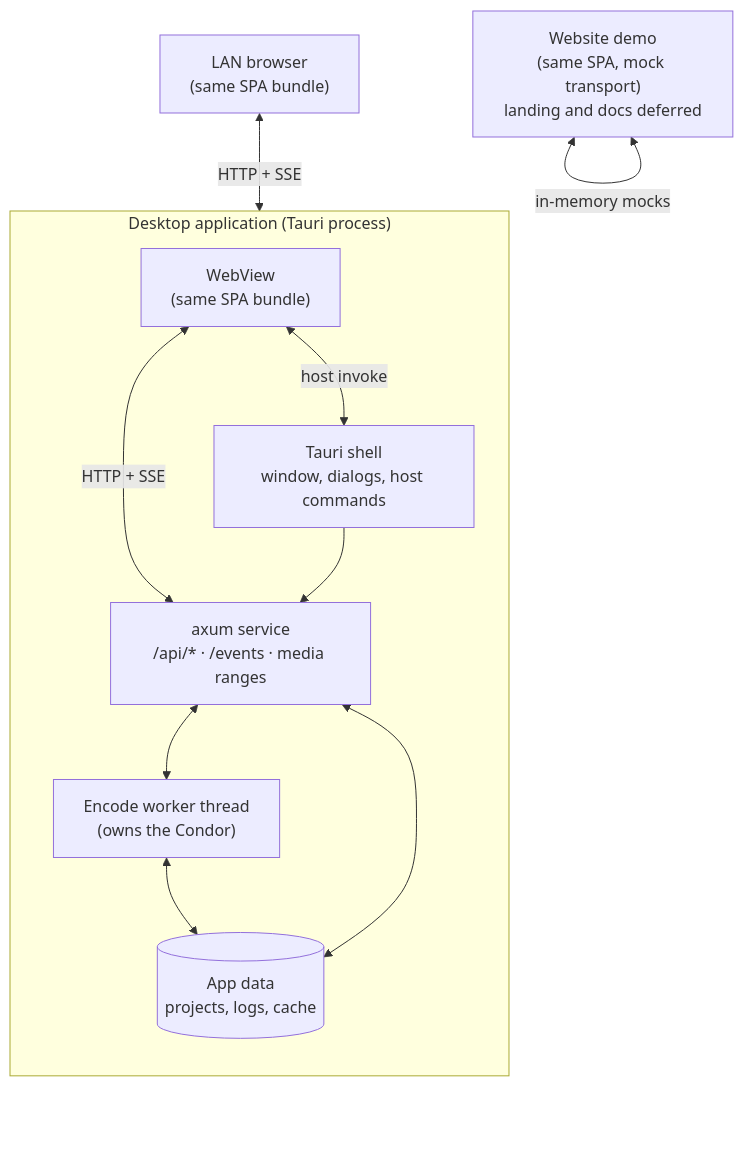
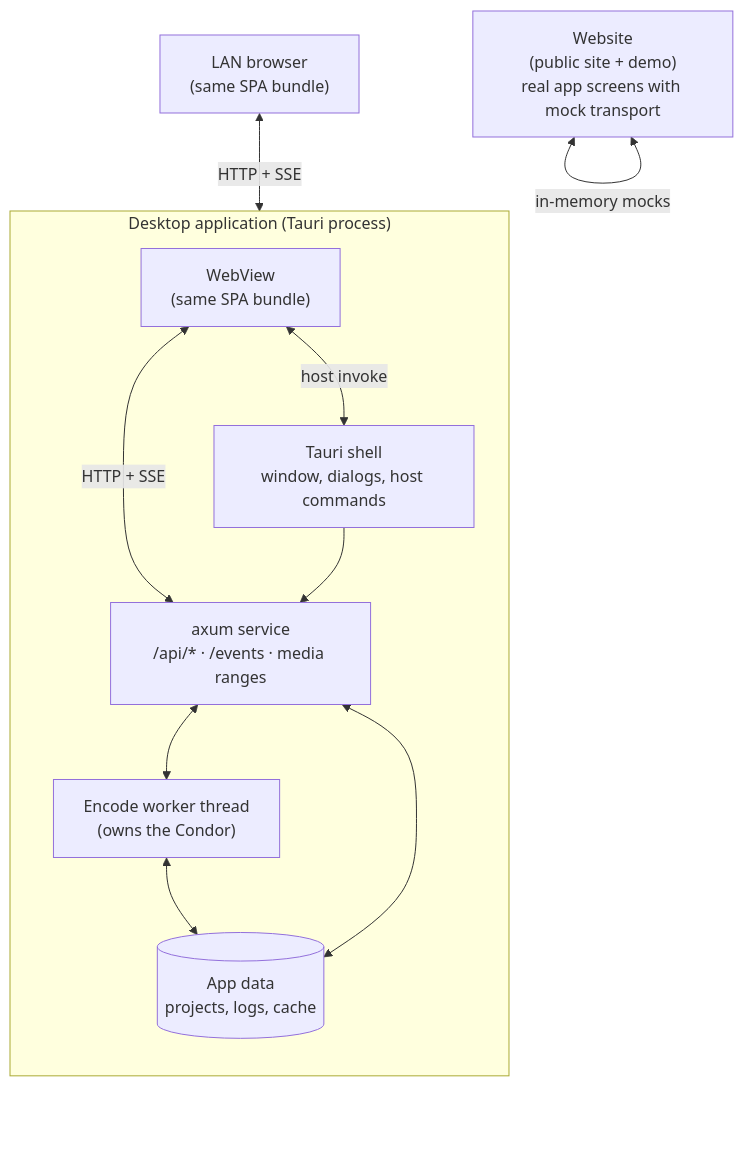
The first of 8 diagrams in docs/architecture.md (Av1ation-Association/Av1ation-Station), drawn with Mermaid before and after one commit. The commit also changed other lines of this file and 283 other files, not shown here.

````diff
--- a/docs/architecture.md
+++ b/docs/architecture.md
@@ -44,23 +44,23 @@
 ```mermaid
 flowchart TB
     subgraph desktop["Desktop application (Tauri process)"]
         direction TB
         webview["WebView<br/>(same SPA bundle)"]
         shell["Tauri shell<br/>window, dialogs, host commands"]
         axum["axum service<br/>/api/* · /events · media ranges"]
         worker["Encode worker thread<br/>(owns the Condor)"]
         store[("App data<br/>projects, logs, cache")]
         webview <-->|host invoke| shell
         webview <-->|HTTP + SSE| axum
         shell --> axum
         axum <--> worker
         worker <--> store
         axum <--> store
     end
 
     browser["LAN browser<br/>(same SPA bundle)"]
-    site["Website demo<br/>(same SPA, mock transport)<br/>landing and docs deferred"]
+    site["Website<br/>(public site + demo)<br/>real app screens with mock transport"]
 
     browser <-->|HTTP + SSE| axum
     site <-->|in-memory mocks| site
 ```
````
